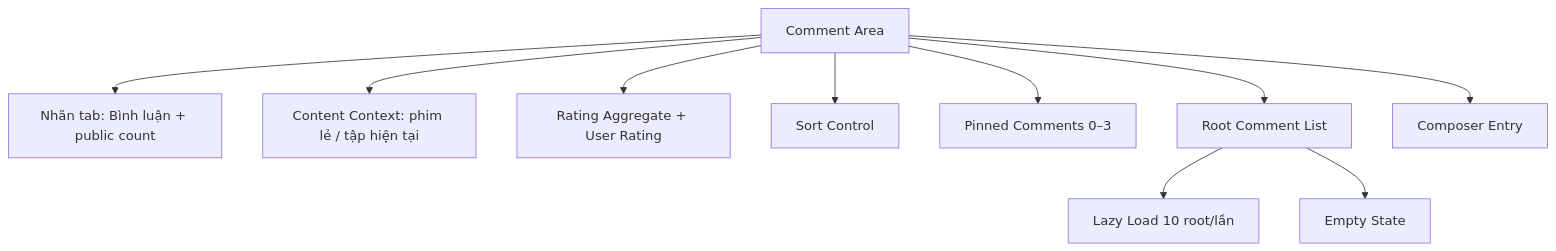
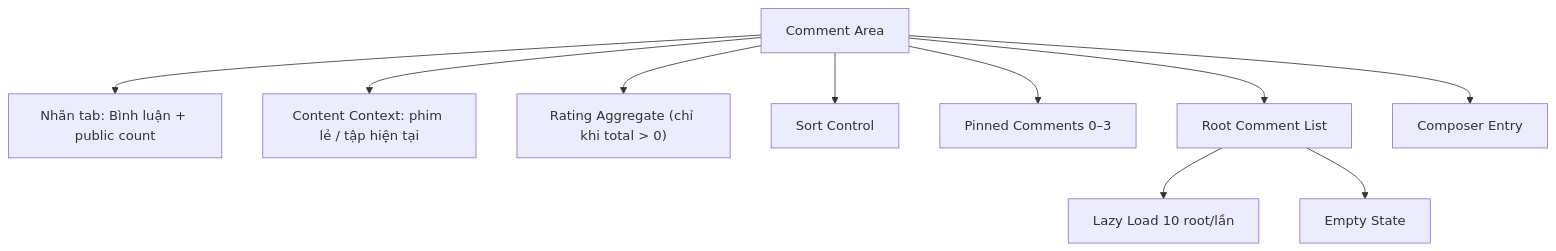
One commit to TanUIUX/MyTV-Comment changed the second of 9 diagrams in UX_INFORMATION_ARCHITECTURE_SCREEN_MAP.md. Above: the diagram before and after it, drawn with Mermaid. The commit also changed other lines of this file and 30 other files, not shown here.

````diff
--- a/UX_INFORMATION_ARCHITECTURE_SCREEN_MAP.md
+++ b/UX_INFORMATION_ARCHITECTURE_SCREEN_MAP.md
@@ -191,23 +191,23 @@
 ```mermaid
 flowchart TD
     CA["Comment Area"]
     TAB["Nhãn tab: Bình luận + public count"]
     CONTEXT["Content Context: phim lẻ / tập hiện tại"]
-    RATE["Rating Aggregate + User Rating"]
+    RATE["Rating Aggregate (chỉ khi total > 0)"]
     SORT["Sort Control"]
     PIN["Pinned Comments 0–3"]
     ROOTS["Root Comment List"]
     LOAD["Lazy Load 10 root/lần"]
     EMPTY["Empty State"]
     COMP["Composer Entry"]
 
     CA --> TAB
     CA --> CONTEXT
     CA --> RATE
     CA --> SORT
     CA --> PIN
     CA --> ROOTS
     CA --> COMP
     ROOTS --> LOAD
     ROOTS --> EMPTY
 ```
````
